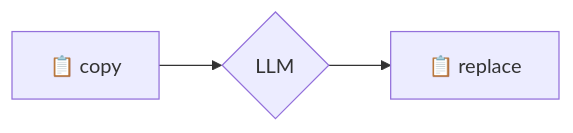
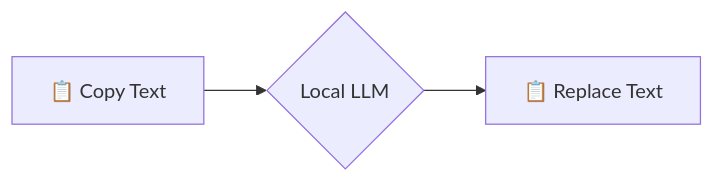
Before and after one commit to zarvent/v2m-lab: the second of 2 diagrams in README.md, drawn with Mermaid. The commit also changed other lines of this file and 12 other files, not shown here.

````diff
--- a/README.md
+++ b/README.md
@@ -60,5 +65,5 @@
 ```mermaid
 flowchart LR
-A[📋 copy] --> B{LLM}
-B --> C[📋 replace]
+    A[📋 Copy Text] --> B{Local LLM}
+    B --> C[📋 Replace Text]
 ```
````
